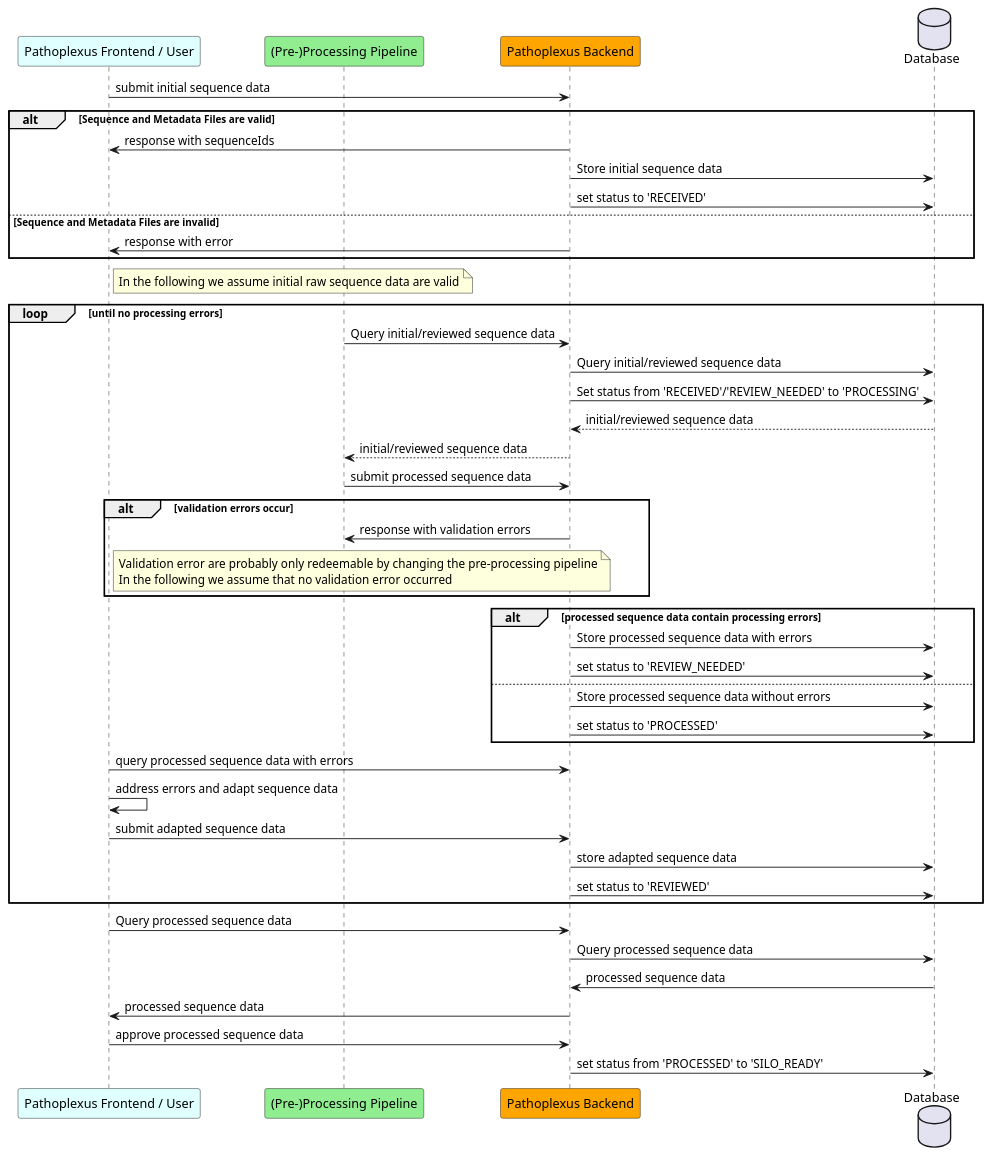
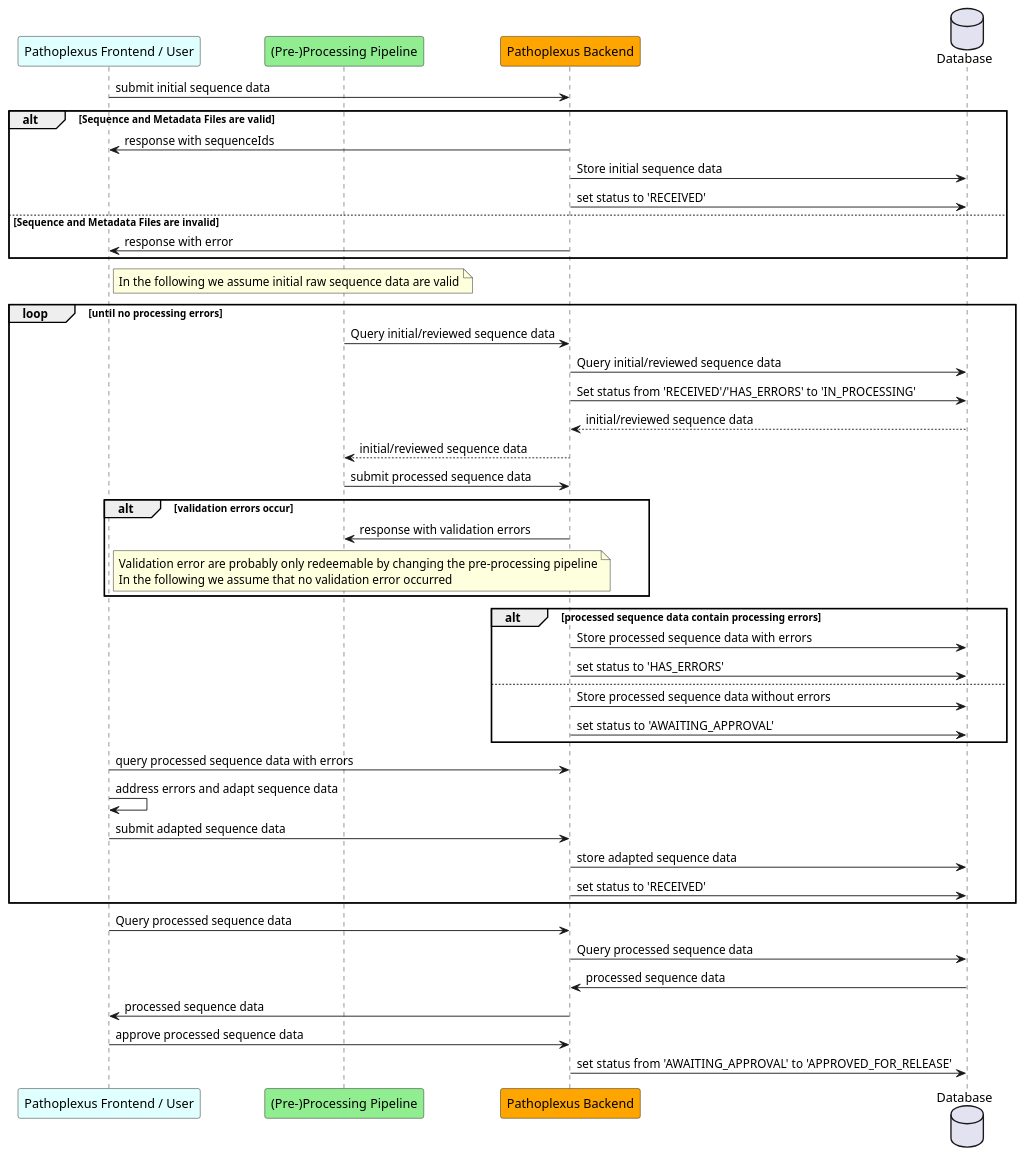
Before and after one commit to loculus-project/loculus: the diagram in backend/docs/plantuml/sequenceInitialSubmission.puml, drawn with PlantUML. The commit also changed 31 other files, not shown here.

Commit message:
refactor(backend): Rename status

```diff
--- a/backend/docs/plantuml/sequenceInitialSubmission.puml
+++ b/backend/docs/plantuml/sequenceInitialSubmission.puml
@@ -1,61 +1,61 @@
 @startuml
     participant "Pathoplexus Frontend / User" as frontend #LightCyan
     participant "(Pre-)Processing Pipeline" as processing #LightGreen
     participant "Pathoplexus Backend" as backend #Orange
     database "Database" as DB
 
     frontend -> backend: submit initial sequence data
     alt Sequence and Metadata Files are valid
         backend -> frontend: response with sequenceIds
         backend -> DB: Store initial sequence data
         backend -> DB: set status to 'RECEIVED'
     else Sequence and Metadata Files are invalid
         backend -> frontend: response with error
     end
 
    note right of frontend
       In the following we assume initial raw sequence data are valid
    end note
 
     loop until no processing errors
 
         processing -> backend: Query initial/reviewed sequence data
         backend -> DB: Query initial/reviewed sequence data
-        backend -> DB: Set status from 'RECEIVED'/'REVIEW_NEEDED' to 'PROCESSING'
+        backend -> DB: Set status from 'RECEIVED'/'HAS_ERRORS' to 'IN_PROCESSING'
         DB --> backend: initial/reviewed sequence data
         backend --> processing: initial/reviewed sequence data
 
         processing -> backend: submit processed sequence data
         alt validation errors occur
             backend -> processing: response with validation errors
              note right of frontend
                   Validation error are probably only redeemable by changing the pre-processing pipeline
                   In the following we assume that no validation error occurred
                end note
         end loop
 
         alt processed sequence data contain processing errors
             backend -> DB: Store processed sequence data with errors
-            backend -> DB: set status to 'REVIEW_NEEDED'
+            backend -> DB: set status to 'HAS_ERRORS'
         else
             backend -> DB: Store processed sequence data without errors
-            backend -> DB: set status to 'PROCESSED'
+            backend -> DB: set status to 'AWAITING_APPROVAL'
         end
          frontend -> backend: query processed sequence data with errors
         frontend -> frontend: address errors and adapt sequence data
 
         frontend -> backend: submit adapted sequence data
         backend -> DB: store adapted sequence data
-        backend -> DB: set status to 'REVIEWED'
+        backend -> DB: set status to 'RECEIVED'
     end loop
 
 
     frontend -> backend: Query processed sequence data
     backend -> DB: Query processed sequence data
     DB -> backend: processed sequence data
     backend -> frontend: processed sequence data
 
     frontend -> backend: approve processed sequence data
-    backend -> DB: set status from 'PROCESSED' to 'SILO_READY'
+    backend -> DB: set status from 'AWAITING_APPROVAL' to 'APPROVED_FOR_RELEASE'
 
 @enduml
```
